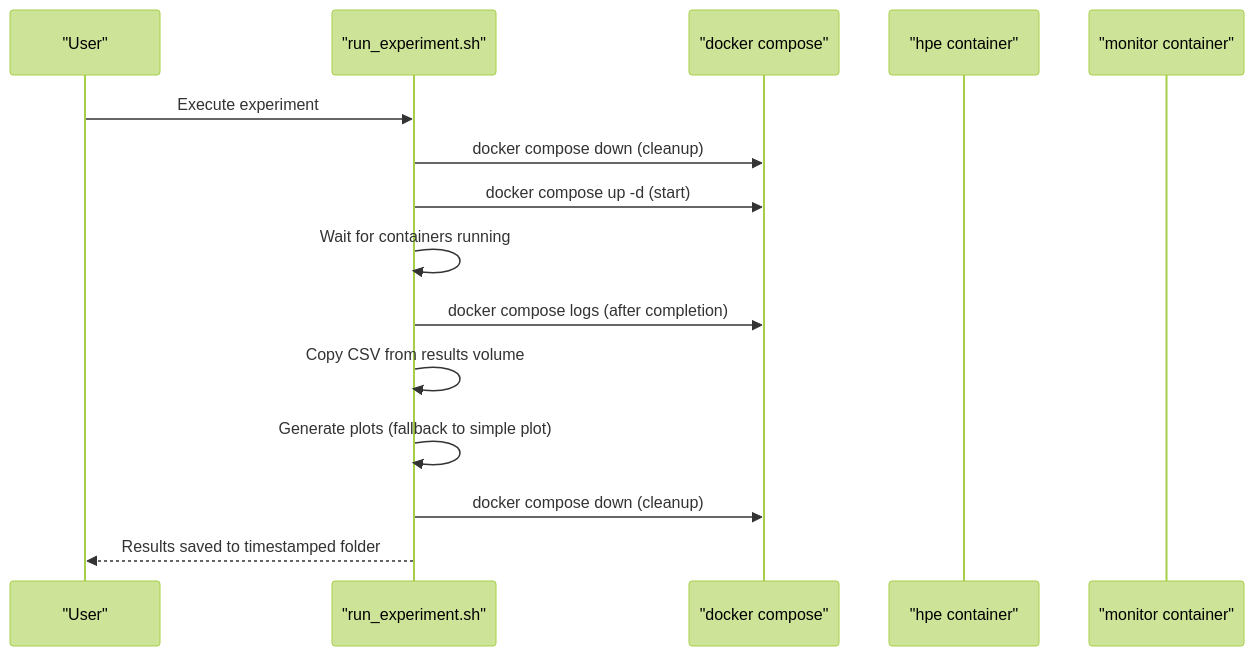
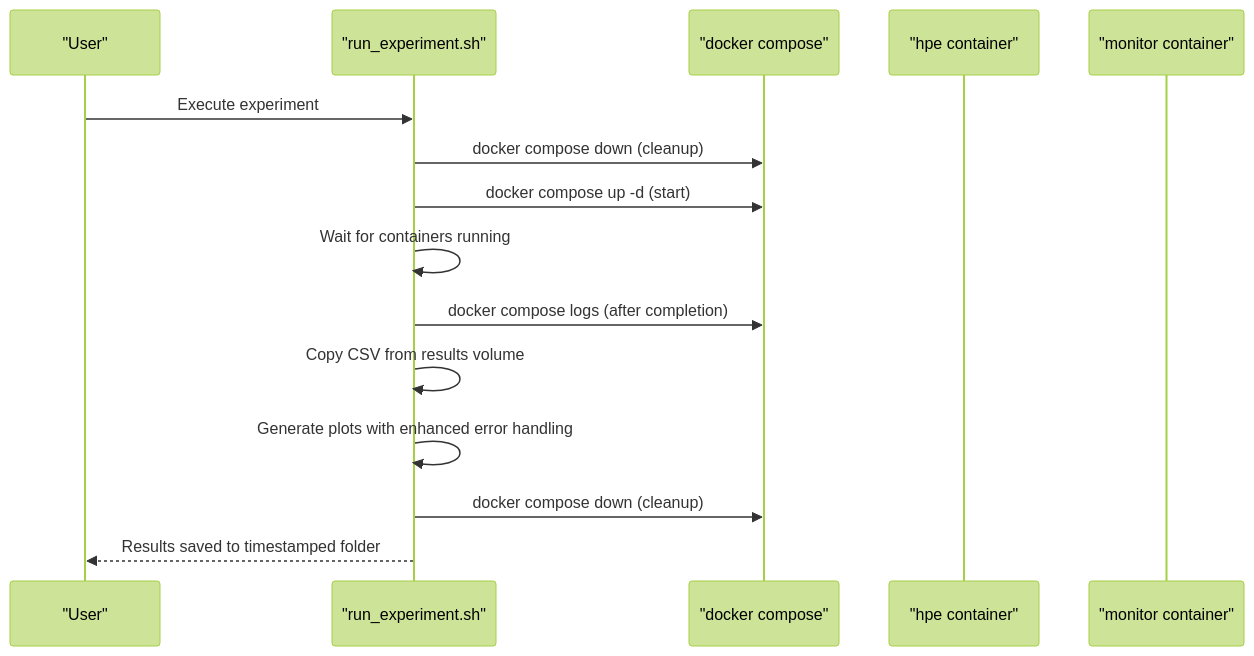
The sixth of 10 diagrams in .qoder/repowiki/en/content/Monitoring and Analytics/Monitoring and Analytics.md (Fogus-Gr/MeasurementsDTs), drawn with Mermaid (forest theme) before and after one commit. The commit also changed other lines of this file and 9 other files, not shown here.

````diff
--- a/.qoder/repowiki/en/content/Monitoring and Analytics/Monitoring and Analytics.md
+++ b/.qoder/repowiki/en/content/Monitoring and Analytics/Monitoring and Analytics.md
@@ -292,17 +305,17 @@
 ```mermaid
 sequenceDiagram
 participant User as "User"
 participant Runner as "run_experiment.sh"
 participant Compose as "docker compose"
 participant HPE as "hpe container"
 participant Mon as "monitor container"
 User->>Runner : Execute experiment
 Runner->>Compose : docker compose down (cleanup)
 Runner->>Compose : docker compose up -d (start)
 Runner->>Runner : Wait for containers running
 Runner->>Compose : docker compose logs (after completion)
 Runner->>Runner : Copy CSV from results volume
-Runner->>Runner : Generate plots (fallback to simple plot)
+Runner->>Runner : Generate plots with enhanced error handling
 Runner->>Compose : docker compose down (cleanup)
 Runner-->>User : Results saved to timestamped folder
 ```
````
